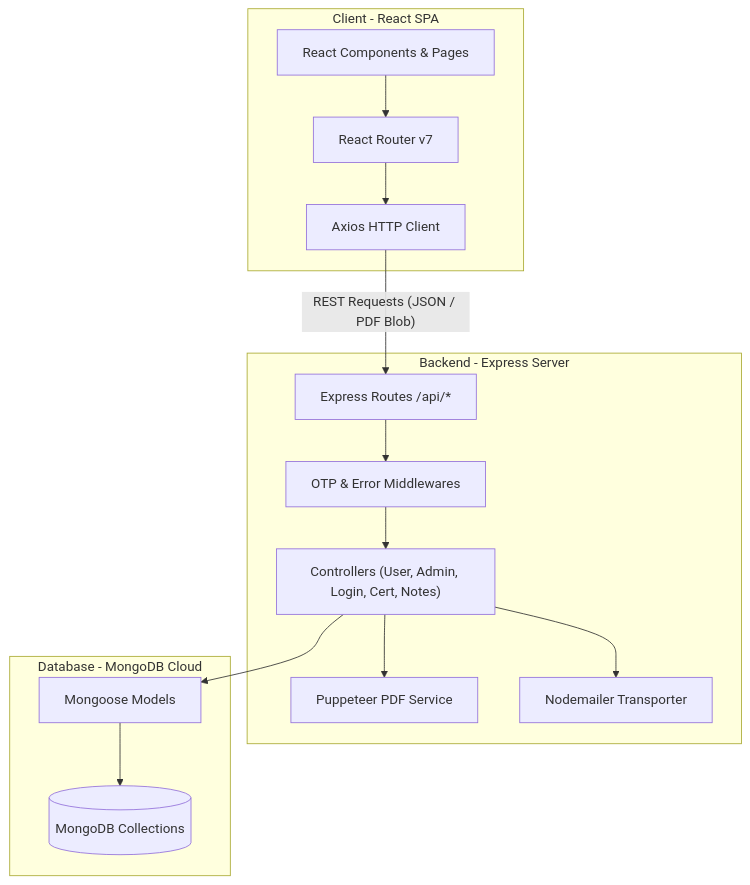
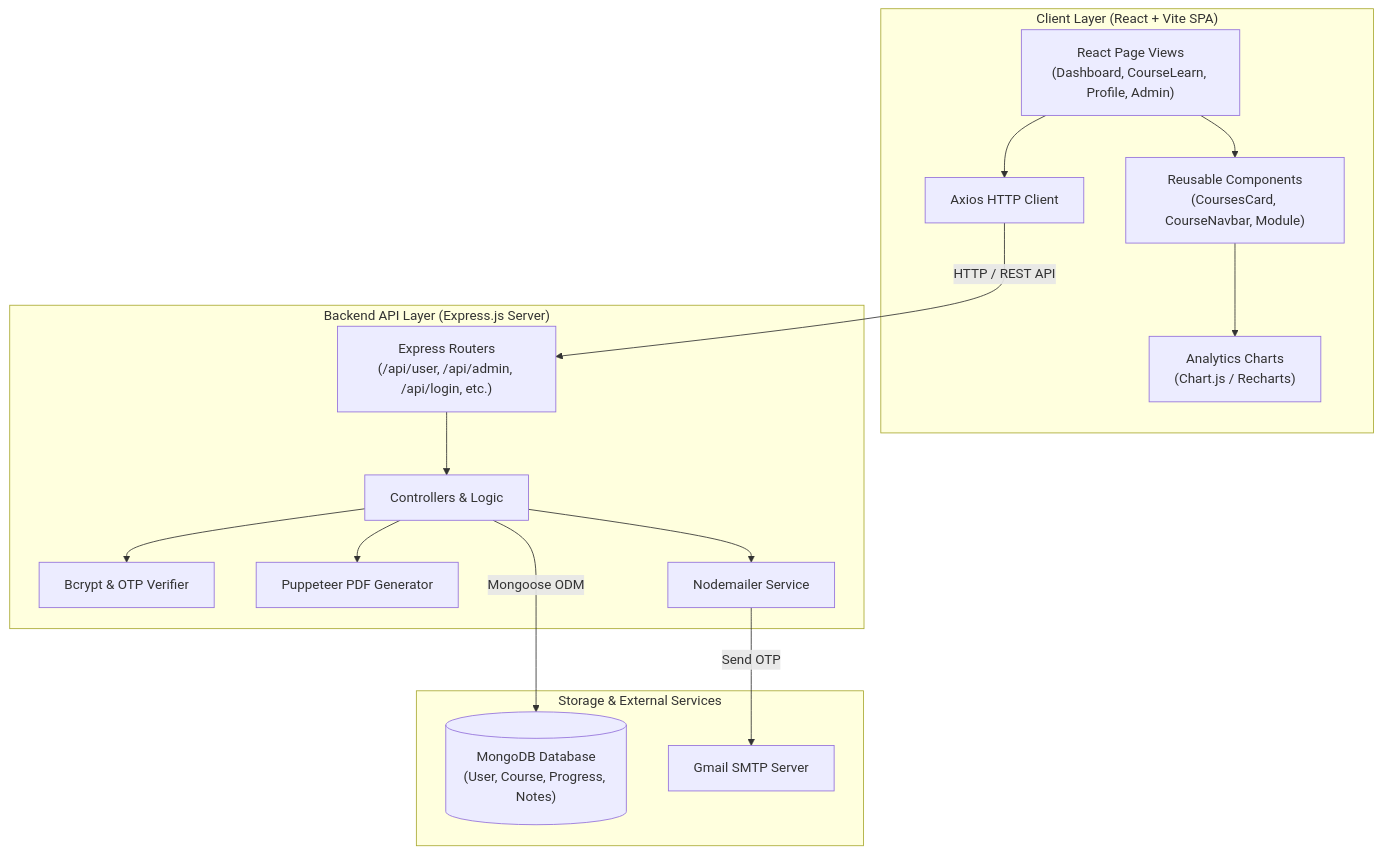
Before and after one commit to abdul8704/EduTrack: the first of 2 diagrams in architecture.md, drawn with Mermaid. The commit also changed other lines of this file, not shown here.

Commit message:
docs: add system architecture, ER diagram, and API documentation

````diff
--- a/architecture.md
+++ b/architecture.md
@@ -51,31 +52,33 @@
 ```mermaid
 flowchart TD
-    subgraph Client [Client - React SPA]
-        UI["React Components & Pages"]
-        Router["React Router v7"]
+    subgraph Client ["Client Layer (React + Vite SPA)"]
+        UI["React Page Views\n(Dashboard, CourseLearn, Profile, Admin)"]
+        Components["Reusable Components\n(CoursesCard, CourseNavbar, Module)"]
+        Charts["Analytics Charts\n(Chart.js / Recharts)"]
         AxiosClient["Axios HTTP Client"]
     end
 
-    subgraph Server [Backend - Express Server]
-        RouterAPI["Express Routes /api/*"]
-        AuthMW["OTP & Error Middlewares"]
-        Controllers["Controllers (User, Admin, Login, Cert, Notes)"]
-        PuppeteerSvc["Puppeteer PDF Service"]
-        MailerSvc["Nodemailer Transporter"]
+    subgraph Backend ["Backend API Layer (Express.js Server)"]
+        Router["Express Routers\n(/api/user, /api/admin, /api/login, etc.)"]
+        Controllers["Controllers & Logic"]
+        AuthModule["Bcrypt & OTP Verifier"]
+        PDFGen["Puppeteer PDF Generator"]
+        MailService["Nodemailer Service"]
     end
 
-    subgraph Storage [Database - MongoDB Cloud]
-        MongooseODM["Mongoose Models"]
-        MongoAtlas[("MongoDB Collections")]
+    subgraph Storage ["Storage & External Services"]
+        MongoDB[("MongoDB Database\n(User, Course, Progress, Notes)")]
+        SMTP["Gmail SMTP Server"]
     end
 
-    UI --> Router
-    Router --> AxiosClient
-    AxiosClient -->|"REST Requests (JSON / PDF Blob)"| RouterAPI
-    RouterAPI --> AuthMW
-    AuthMW --> Controllers
-    Controllers --> MongooseODM
-    Controllers --> MailerSvc
-    Controllers --> PuppeteerSvc
-    MongooseODM --> MongoAtlas
+    UI --> Components
+    Components --> Charts
+    UI --> AxiosClient
+    AxiosClient -->|"HTTP / REST API"| Router
+    Router --> Controllers
+    Controllers --> AuthModule
+    Controllers --> PDFGen
+    Controllers --> MailService
+    Controllers -->|"Mongoose ODM"| MongoDB
+    MailService -->|"Send OTP"| SMTP
 ```
````
